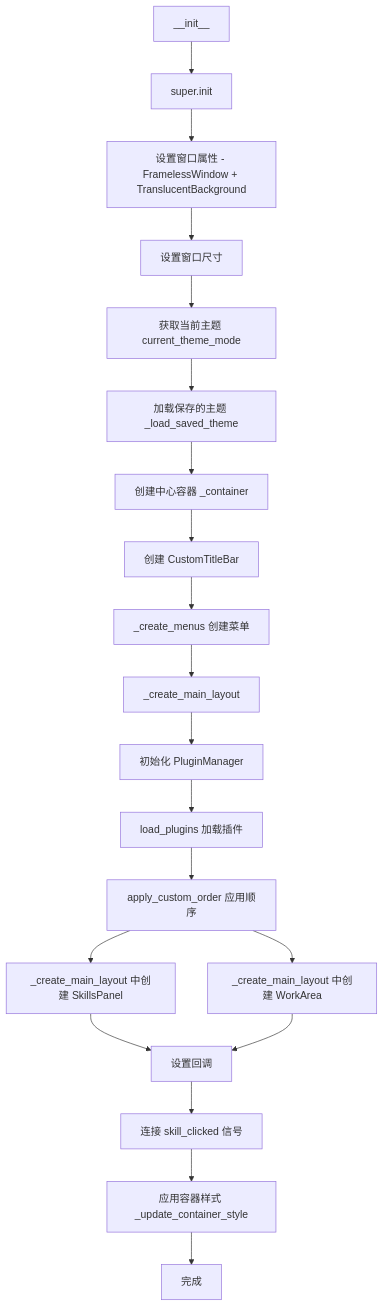
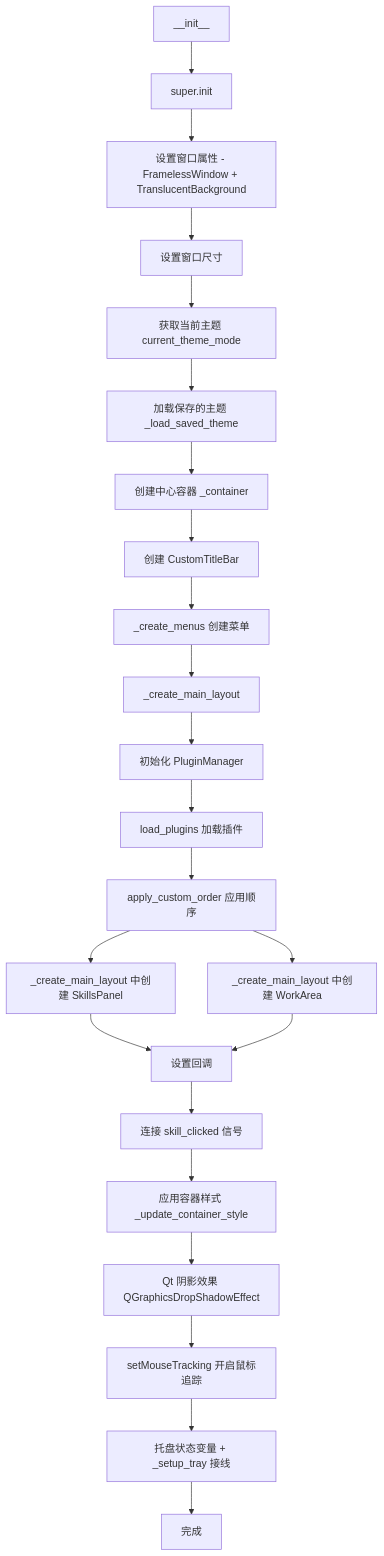
Before and after one commit to KKPIP-Tech/InstructionX: the third of 5 diagrams in docs/ui/main-window.md, drawn with Mermaid. The commit also changed other lines of this file and 35 other files, not shown here.

````diff
--- a/docs/ui/main-window.md
+++ b/docs/ui/main-window.md
@@ -198,24 +198,27 @@
 ```mermaid
 flowchart TD
     A[__init__] --> B[super.init]
     B --> C[设置窗口属性 - FramelessWindow + TranslucentBackground]
     C --> D[设置窗口尺寸]
     D --> E[获取当前主题 current_theme_mode]
     E --> F[加载保存的主题 _load_saved_theme]
     F --> G[创建中心容器 _container]
     G --> H[创建 CustomTitleBar]
     H --> I[_create_menus 创建菜单]
     I --> J[_create_main_layout]
 
     J --> K[初始化 PluginManager]
     K --> L[load_plugins 加载插件]
     L --> M[apply_custom_order 应用顺序]
 
     M --> N[_create_main_layout 中创建 SkillsPanel]
     M --> O[_create_main_layout 中创建 WorkArea]
     N --> P[设置回调]
     O --> P
     P --> Q[连接 skill_clicked 信号]
     Q --> R[应用容器样式 _update_container_style]
-    R --> S[完成]
+    R --> R2[Qt 阴影效果 QGraphicsDropShadowEffect]
+    R2 --> R3[setMouseTracking 开启鼠标追踪]
+    R3 --> R4[托盘状态变量 + _setup_tray 接线]
+    R4 --> S[完成]
 ```
````
